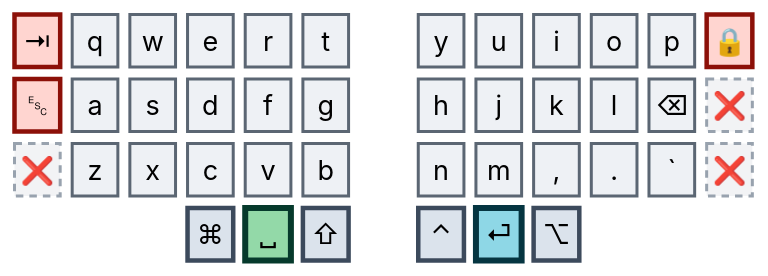
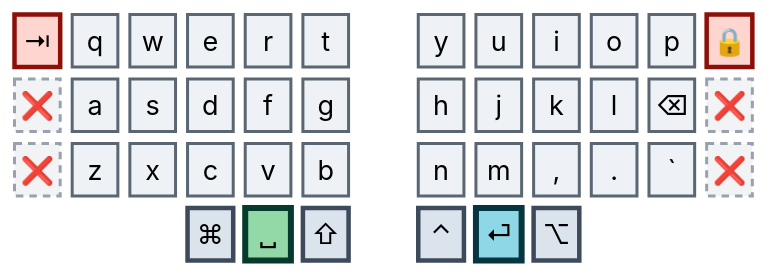
Before and after one commit to abloch/zmk-corne: the first of 6 diagrams in README.md, drawn with Mermaid. The commit also changed other lines of this file and 5 other files, not shown here.

````diff
--- a/README.md
+++ b/README.md
@@ -68,24 +68,24 @@
 ```mermaid
 %%{init: {'theme':'base','themeVariables':{'primaryColor':'#eef1f5','primaryTextColor':'#0b0f14','primaryBorderColor':'#5b6673','nodeTextColor':'#0b0f14','textColor':'#0b0f14','mainBkg':'#eef1f5','fontSize':'18px'}}}%%
 block
 columns 13
 
   tab["⇥"] q w e r t space y u i o p lock["🔒"]
-  esc["␛"] a s d f g space h j k l bspc["⌫"] x1["❌"]
+  xe1["❌"] a s d f g space h j k l bspc["⌫"] x1["❌"]
   x2["❌"] z x c v b space n m cma[","] dot["."] grv[" `"] x3["❌"]
   space:3 cmd["⌘"] spc["␣"] sft["⇧"] space ctl["⌃"] ent["⏎"] alt["⌥"] space:3
 
   classDef plain fill:#eef1f5,stroke:#5b6673,stroke-width:2px,color:#0b0f14
   classDef mod fill:#dbe3ec,stroke:#3c4a5c,stroke-width:3px,color:#0a1219
   classDef goL1 fill:#8ed7e6,stroke:#053541,stroke-width:4px,color:#02141a
   classDef goL2 fill:#93d9a8,stroke:#063a2c,stroke-width:4px,color:#031410
   classDef alert fill:#ffd5d0,stroke:#8c1008,stroke-width:3px,color:#3d0603
   classDef dead fill:#f2f3f5,stroke:#98a2ae,stroke-width:2px,stroke-dasharray:5 4,color:#5b6673
 
   class q,w,e,r,t,a,s,d,f,g,z,x,c,v,b,y,u,i,o,p,h,j,k,l,bspc,n,m,cma,dot,grv plain
   class cmd,sft,ctl,alt mod
   class ent goL1
   class spc goL2
-  class tab,esc,lock alert
-  class x1,x2,x3 dead
+  class tab,lock alert
+  class xe1,x1,x2,x3 dead
 ```
````
